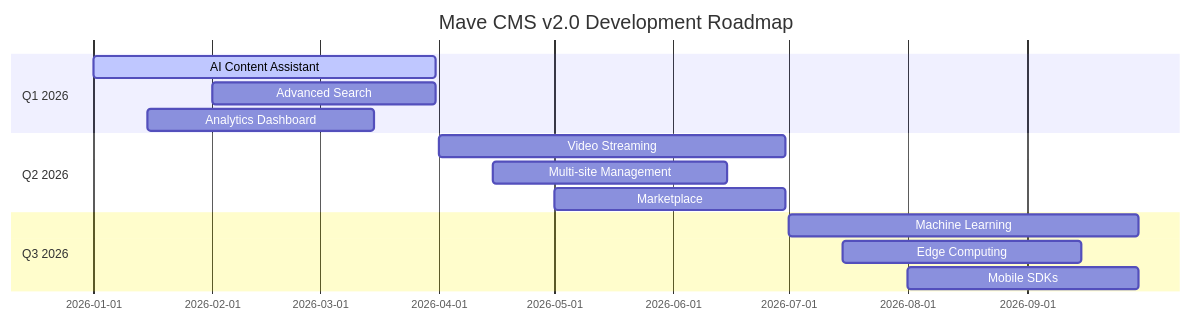
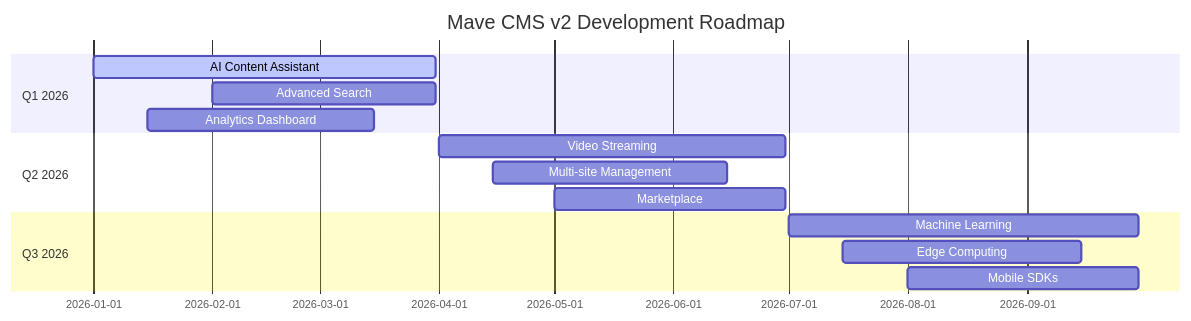
Before and after one commit to atiqisrak/mave-2-cms: the fourth of 4 diagrams in README.md, drawn with Mermaid. The commit also changed other lines of this file and 25 other files, not shown here.

````diff
--- a/README.md
+++ b/README.md
@@ -604,19 +604,19 @@
 ```mermaid
 gantt
-    title Mave CMS v2.0 Development Roadmap
+    title Mave CMS v2 Development Roadmap
     dateFormat  YYYY-MM-DD
     section Q1 2026
     AI Content Assistant    :active, ai, 2026-01-01, 2026-03-31
     Advanced Search         :search, 2026-02-01, 2026-03-31
     Analytics Dashboard     :analytics, 2026-01-15, 2026-03-15
 
     section Q2 2026
     Video Streaming         :video, 2026-04-01, 2026-06-30
     Multi-site Management   :multisite, 2026-04-15, 2026-06-15
     Marketplace            :marketplace, 2026-05-01, 2026-06-30
 
     section Q3 2026
     Machine Learning       :ml, 2026-07-01, 2026-09-30
     Edge Computing         :edge, 2026-07-15, 2026-09-15
     Mobile SDKs           :mobile, 2026-08-01, 2026-09-30
 ```
````
